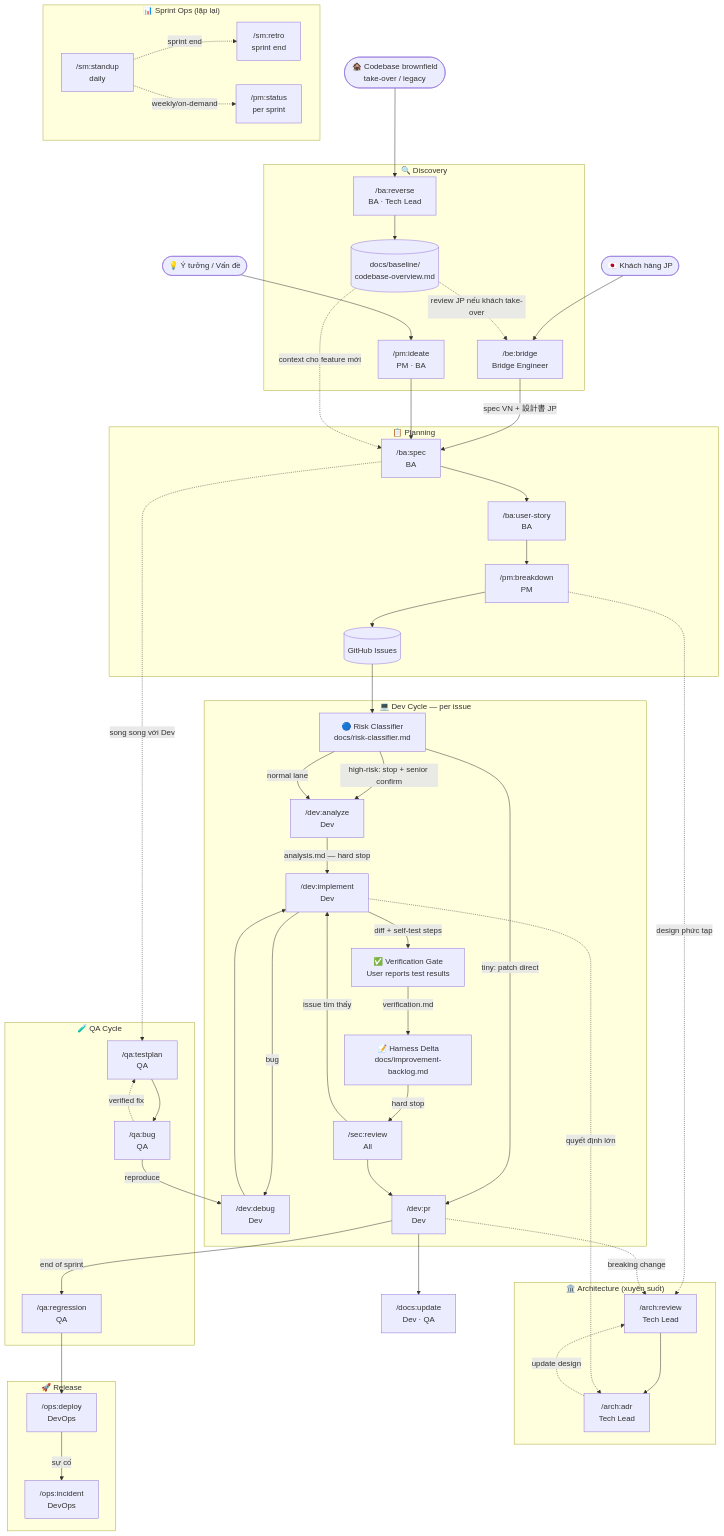
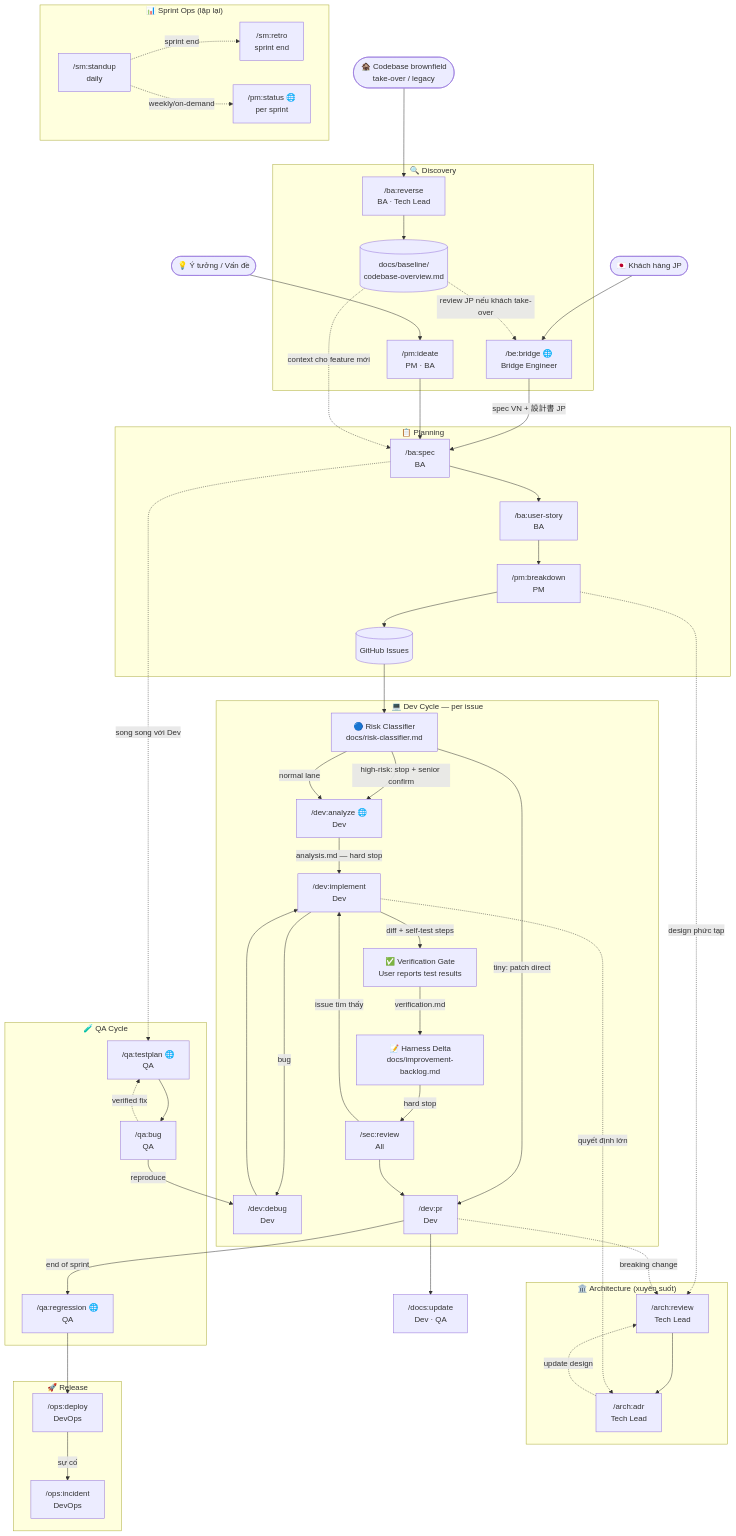
One commit to hiepdnh/Agentic-Development-Lifecycle changed the diagram in docs/workflows/skill-flowchart.md. Above: the diagram before and after it, drawn with Mermaid. The commit also changed other lines of this file and 4 other files, not shown here.

```diff
--- a/docs/workflows/skill-flowchart.md
+++ b/docs/workflows/skill-flowchart.md
@@ -15,7 +15,7 @@
 
     %% ── Discovery ──
     subgraph DISC ["🔍 Discovery"]
-        BRIDGE["/be:bridge\nBridge Engineer"]
+        BRIDGE["/be:bridge 🌐\nBridge Engineer"]
         IDEATE["/pm:ideate\nPM · BA"]
         REVERSE["/ba:reverse\nBA · Tech Lead"]
         BASELINE[(docs/baseline/<br/>codebase-overview.md)]
@@ -38,7 +38,7 @@
     %% ── Dev per Issue ──
     subgraph DEV ["💻 Dev Cycle — per issue"]
         RISK["🔵 Risk Classifier\ndocs/risk-classifier.md"]
-        ANALYZE["/dev:analyze\nDev"]
+        ANALYZE["/dev:analyze 🌐\nDev"]
         IMPLEMENT["/dev:implement\nDev"]
         VERIFY["✅ Verification Gate\nUser reports test results"]
         HARNESS["📝 Harness Delta\ndocs/improvement-backlog.md"]
@@ -49,15 +49,15 @@
 
     %% ── QA ──
     subgraph QA ["🧪 QA Cycle"]
-        TESTPLAN["/qa:testplan\nQA"]
+        TESTPLAN["/qa:testplan 🌐\nQA"]
         BUGR["/qa:bug\nQA"]
-        REGRESSION["/qa:regression\nQA"]
+        REGRESSION["/qa:regression 🌐\nQA"]
     end
 
     %% ── Sprint Ops ──
     subgraph SPRINT ["📊 Sprint Ops (lặp lại)"]
         STANDUP["/sm:standup\ndaily"]
-        STATUS["/pm:status\nper sprint"]
+        STATUS["/pm:status 🌐\nper sprint"]
         RETRO["/sm:retro\nsprint end"]
     end
 
```
